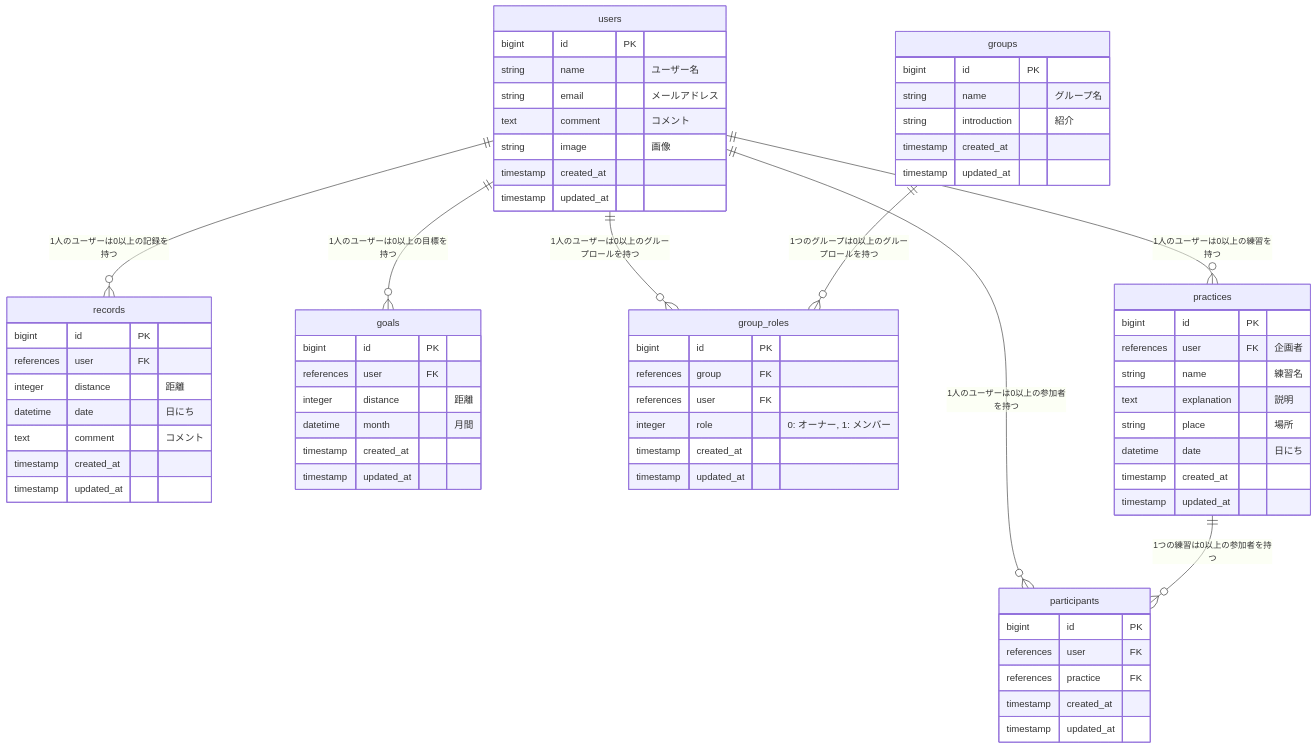
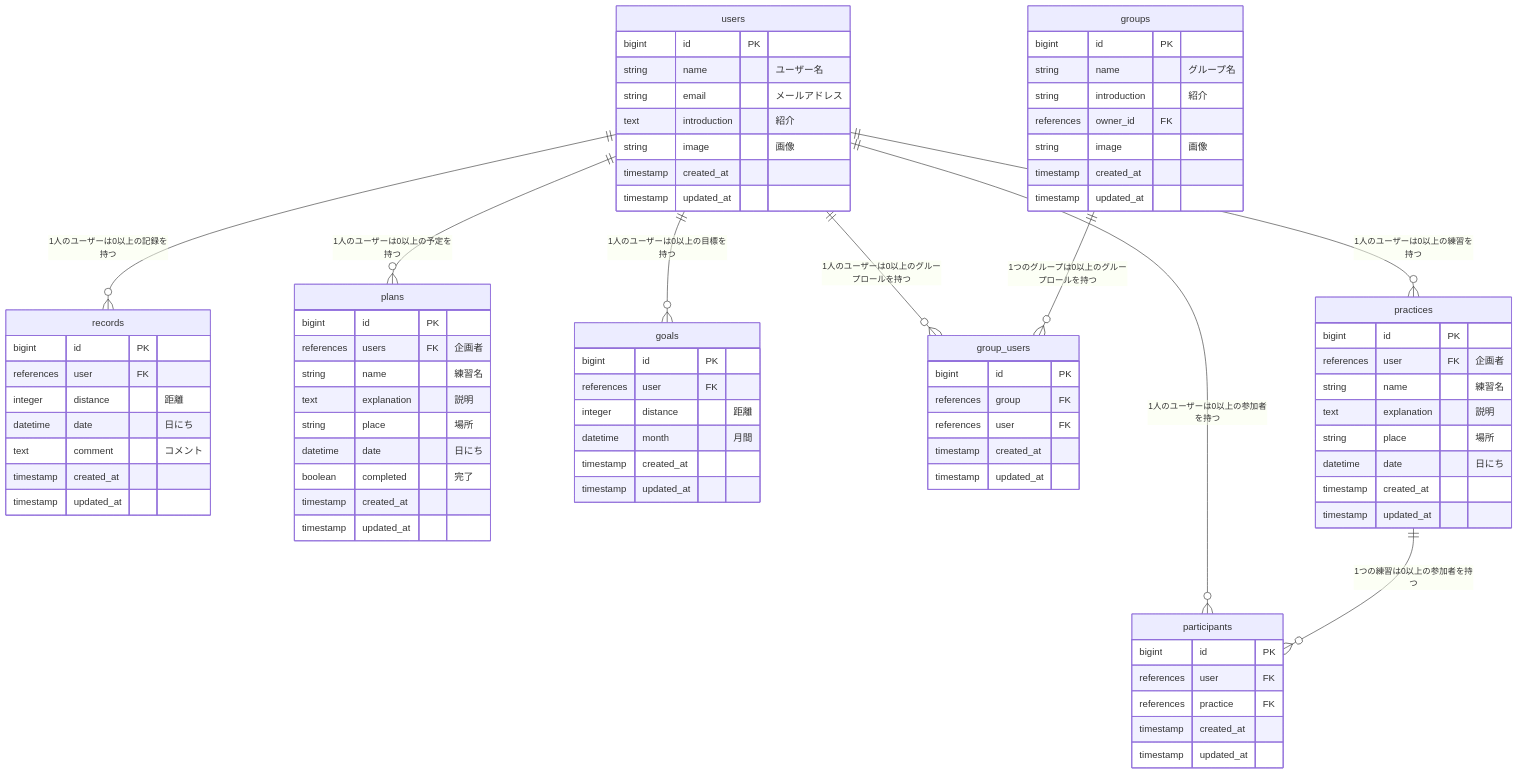
The diagram in 00 Sparta/runmaiteのDB設計(試作).md (hata-junnosuke/TIL), drawn with Mermaid before and after one commit.

````diff
--- a/00 Sparta/runmaiteのDB設計(試作).md
+++ b/00 Sparta/runmaiteのDB設計(試作).md
@@ -1,9 +1,10 @@
 ```mermaid
 erDiagram
   users ||--o{ records : "1人のユーザーは0以上の記録を持つ"
+  users ||--o{ plans : "1人のユーザーは0以上の予定を持つ"
   users ||--o{ goals: "1人のユーザーは0以上の目標を持つ"
-  users ||--o{ group_roles: "1人のユーザーは0以上のグループロールを持つ"
-  groups ||--o{ group_roles: "1つのグループは0以上のグループロールを持つ"
+  users ||--o{ group_users: "1人のユーザーは0以上のグループロールを持つ"
+  groups ||--o{ group_users: "1つのグループは0以上のグループロールを持つ"
   users ||--o{ practices: "1人のユーザーは0以上の練習を持つ"
   users ||--o{ participants: "1人のユーザーは0以上の参加者を持つ" 
   practices ||--o{ participants: "1つの練習は0以上の参加者を持つ"
@@ -12,7 +13,7 @@
     bigint id PK
     string name "ユーザー名"
     string email "メールアドレス"
-    text comment "コメント"
+    text introduction "紹介"
     string image "画像"
     timestamp created_at
     timestamp updated_at
@@ -37,19 +38,32 @@
     timestamp updated_at
   }
 
+  plans{
+   bigint id PK
+   references users FK "企画者"
+   string name "練習名"
+   text explanation "説明"
+   string place "場所"
+   datetime date "日にち"
+   boolean completed "完了"
+   timestamp created_at
+   timestamp updated_at
+  }
+
   groups{
     bigint id PK
     string name "グループ名"
     string introduction "紹介"
+    references owner_id FK
+    string image "画像"
     timestamp created_at
     timestamp updated_at
   }
 
-  group_roles{
+  group_users{
     bigint id PK
     references group FK
     references user FK
-    integer role "0: オーナー, 1: メンバー"
     timestamp created_at
     timestamp updated_at
   }
````
